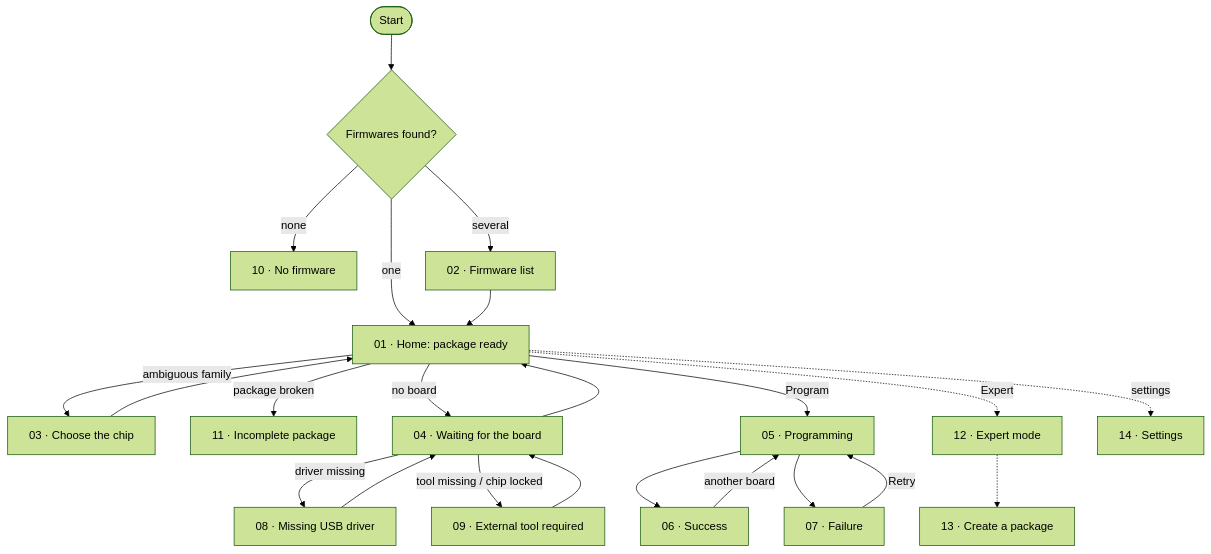
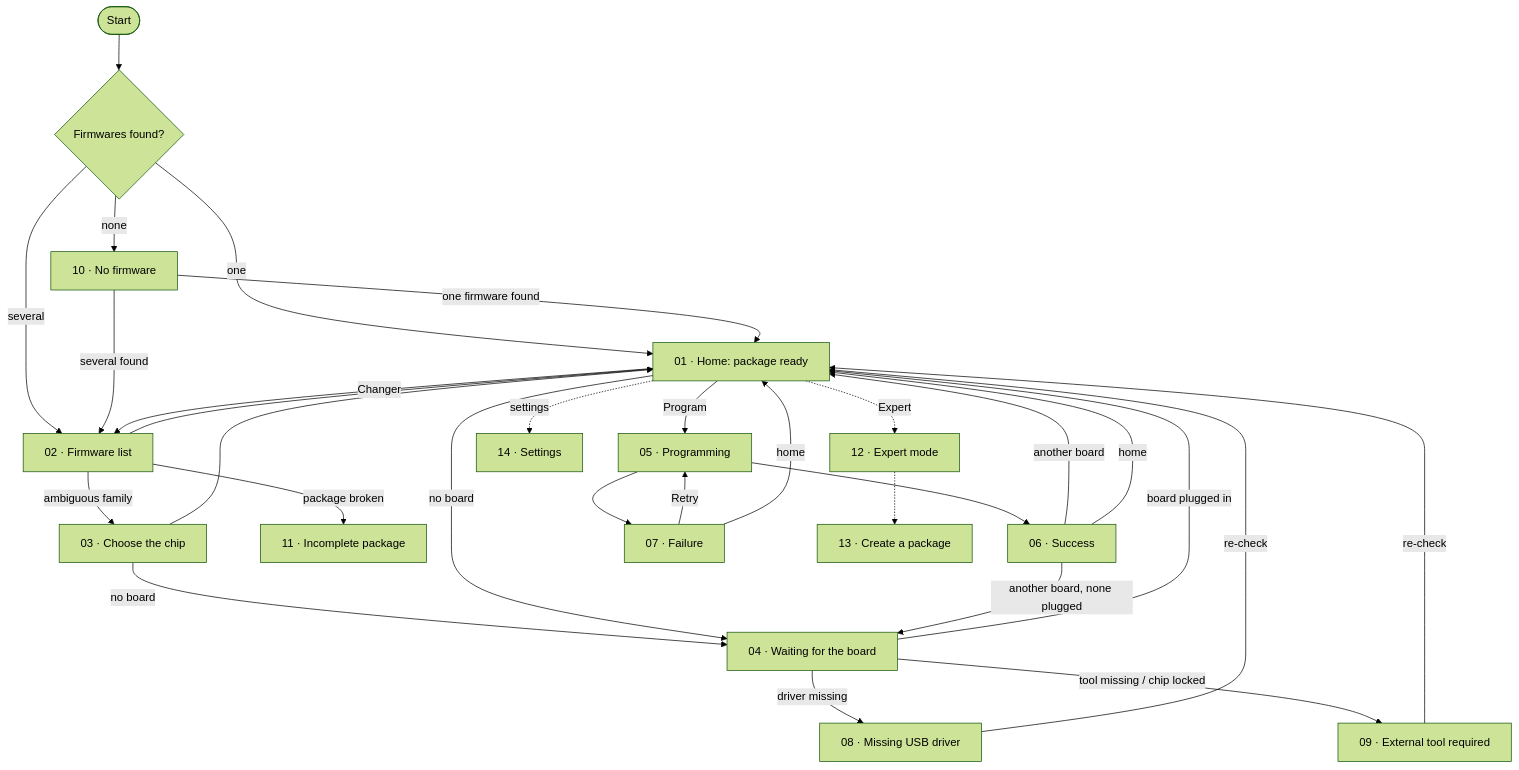
Before and after one commit to loutrx/chip-flashr: the diagram in docs/ux-design.md, drawn with Mermaid (forest theme). The commit also changed other lines of this file and 3 other files, not shown here.

````diff
--- a/docs/ux-design.md
+++ b/docs/ux-design.md
@@ -15,25 +15,32 @@
 ```mermaid
 flowchart TD
     start(["Start"]) --> scan{"Firmwares found?"}
     scan -- none --> S10["10 · No firmware"]
     scan -- several --> S02["02 · Firmware list"]
     scan -- one --> S01["01 · Home: package ready"]
+    S10 -- "one firmware found" --> S01
+    S10 -- "several found" --> S02
     S02 --> S01
-    S01 -- "ambiguous family" --> S03["03 · Choose the chip"]
+    S02 -- "ambiguous family" --> S03["03 · Choose the chip"]
+    S02 -- "package broken" --> S11["11 · Incomplete package"]
     S03 --> S01
-    S01 -- "package broken" --> S11["11 · Incomplete package"]
+    S03 -- "no board" --> S04
+    S01 -- "Changer" --> S02
     S01 -- "no board" --> S04["04 · Waiting for the board"]
     S04 -- "driver missing" --> S08["08 · Missing USB driver"]
     S04 -- "tool missing / chip locked" --> S09["09 · External tool required"]
-    S08 --> S04
-    S09 --> S04
-    S04 --> S01
+    S08 -- "re-check" --> S01
+    S09 -- "re-check" --> S01
+    S04 -- "board plugged in" --> S01
     S01 -- Program --> S05["05 · Programming"]
     S05 --> S06["06 · Success"]
     S05 --> S07["07 · Failure"]
     S07 -- Retry --> S05
-    S06 -- "another board" --> S05
+    S07 -- "home" --> S01
+    S06 -- "another board" --> S01
+    S06 -- "another board, none plugged" --> S04
+    S06 -- "home" --> S01
     S01 -. "Expert" .-> S12["12 · Expert mode"]
     S12 -.-> S13["13 · Create a package"]
     S01 -. "settings" .-> S14["14 · Settings"]
 ```
````
